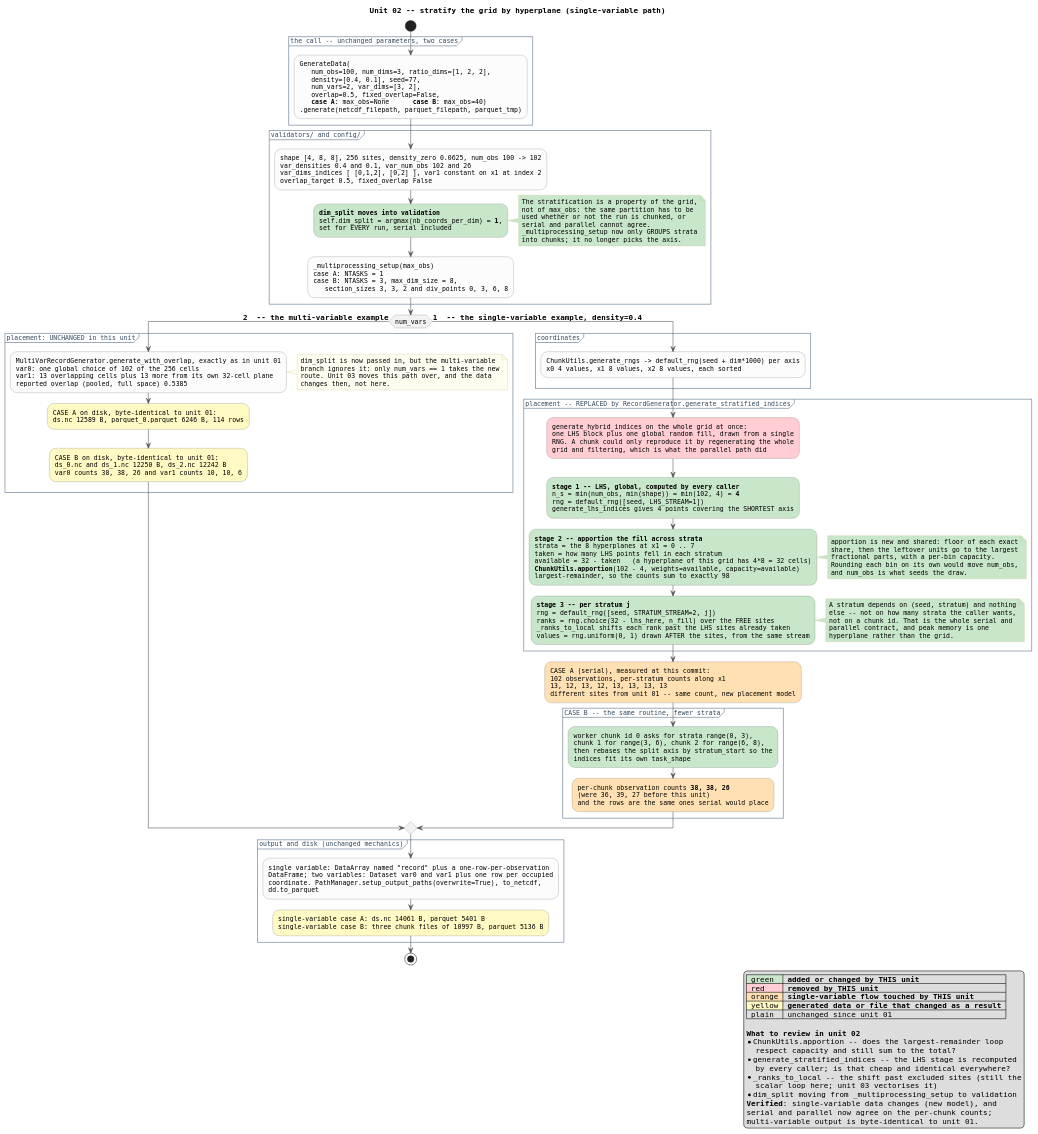
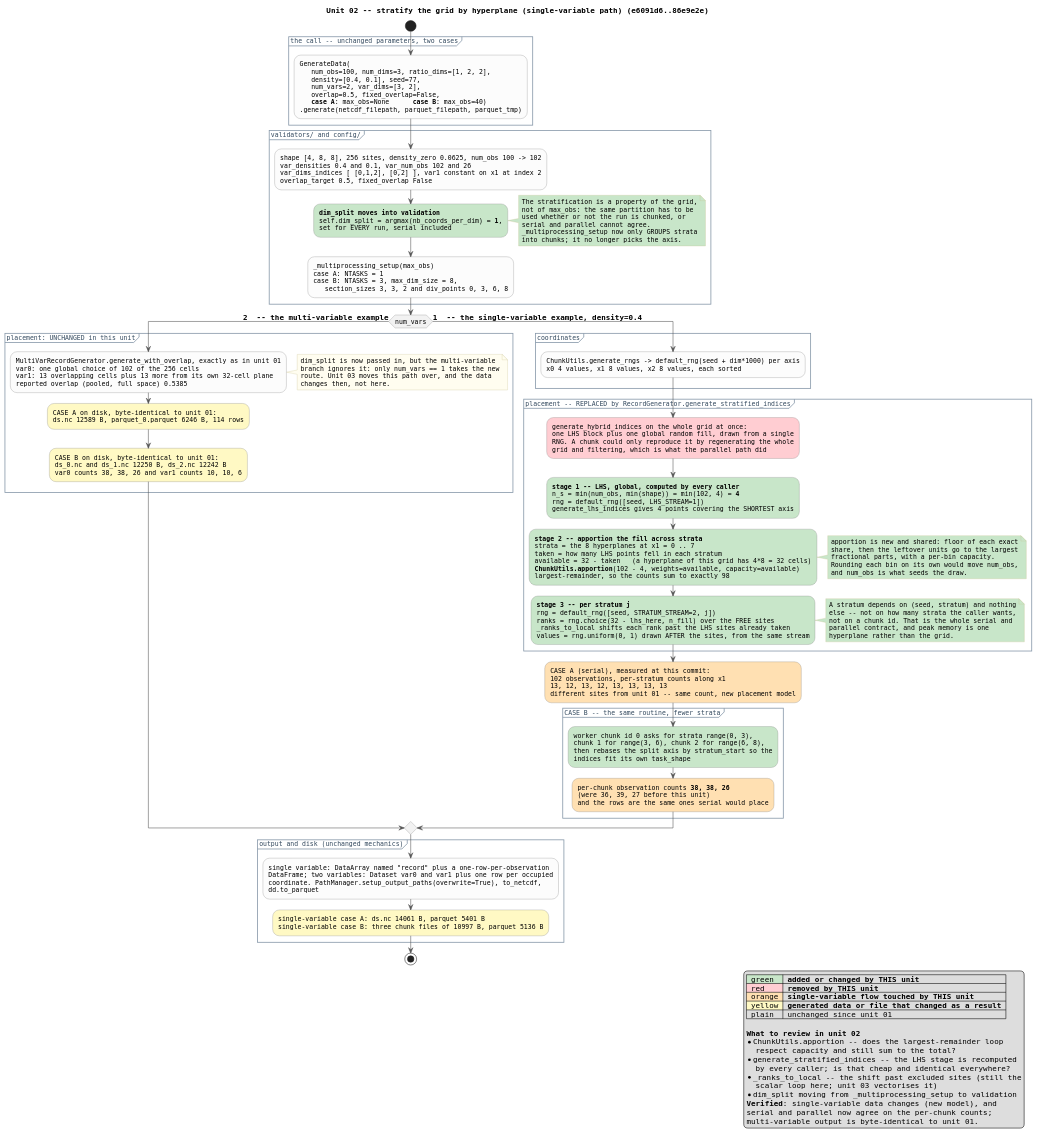
One commit to boom-lab/tabray changed the diagram in docs/review_02_stratified_single_var.puml. Above: the diagram before and after it, drawn with PlantUML. The commit also changed 19 other files, not shown here.

Commit message:
update puml diagrams for review

```diff
--- a/docs/review_02_stratified_single_var.puml
+++ b/docs/review_02_stratified_single_var.puml
@@ -1,173 +1,173 @@
 @startuml review_02_stratified_single_var
 ' Review unit 02 of 15 -- see docs/review_diagrams.md for the series.
 ' State AFTER commits 2b14258, 86e9e2e (src +304/-75, tests +87/-32).
 ' Every number below is from a run of the two cases at commit 86e9e2e.
 ' Render: plantuml docs/review_02_stratified_single_var.puml
 
-title Unit 02 -- stratify the grid by hyperplane (single-variable path)
+title Unit 02 -- stratify the grid by hyperplane (single-variable path) (e6091d6..86e9e2e)
 
 skinparam shadowing false
 skinparam defaultFontName Monospaced
 skinparam defaultFontSize 12
 skinparam ArrowColor #555555
 skinparam activity {
   BackgroundColor #FCFCFC
   BorderColor #777777
   DiamondBackgroundColor #F2F2F2
   DiamondBorderColor #777777
 }
 skinparam partition {
   BorderColor #8899AA
   FontColor #33495E
 }
 skinparam note {
   BackgroundColor #FFFDF0
   BorderColor #C8C08A
 }
 
 start
 
 partition "the call -- unchanged parameters, two cases" {
   :GenerateData(
      num_obs=100, num_dims=3, ratio_dims=[1, 2, 2],
      density=[0.4, 0.1], seed=77,
      num_vars=2, var_dims=[3, 2],
      overlap=0.5, fixed_overlap=False,
      <b>case A</b>: max_obs=None      <b>case B</b>: max_obs=40)
   .generate(netcdf_filepath, parquet_filepath, parquet_tmp);
 }
 
 partition "validators/ and config/" {
   :shape [4, 8, 8], 256 sites, density_zero 0.0625, num_obs 100 -> 102
   var_densities 0.4 and 0.1, var_num_obs 102 and 26
   var_dims_indices [ [0,1,2], [0,2] ], var1 constant on x1 at index 2
   overlap_target 0.5, fixed_overlap False;
   #C8E6C9:<b>dim_split moves into validation</b>
   self.dim_split = argmax(nb_coords_per_dim) = <b>1</b>,
   set for EVERY run, serial included;
   note right #C8E6C9
     The stratification is a property of the grid,
     not of max_obs: the same partition has to be
     used whether or not the run is chunked, or
     serial and parallel cannot agree.
     _multiprocessing_setup now only GROUPS strata
     into chunks; it no longer picks the axis.
   end note
   :_multiprocessing_setup(max_obs)
   case A: NTASKS = 1
   case B: NTASKS = 3, max_dim_size = 8,
      section_sizes 3, 3, 2 and div_points 0, 3, 6, 8;
 }
 
 if (num_vars) then (== 2  -- the multi-variable example)
 
   partition "placement: UNCHANGED in this unit" {
     :MultiVarRecordGenerator.generate_with_overlap, exactly as in unit 01
     var0: one global choice of 102 of the 256 cells
     var1: 13 overlapping cells plus 13 more from its own 32-cell plane
     reported overlap (pooled, full space) 0.5385;
     note right
       dim_split is now passed in, but the multi-variable
       branch ignores it: only num_vars == 1 takes the new
       route. Unit 03 moves this path over, and the data
       changes then, not here.
     end note
     #FFF9C4:CASE A on disk, byte-identical to unit 01:
     ds.nc 12589 B, parquet_0.parquet 6246 B, 114 rows;
     #FFF9C4:CASE B on disk, byte-identical to unit 01:
     ds_0.nc and ds_1.nc 12250 B, ds_2.nc 12242 B
     var0 counts 38, 38, 26 and var1 counts 10, 10, 6;
   }
 
 else (== 1  -- the single-variable example, density=0.4)
 
   partition "coordinates" {
     :ChunkUtils.generate_rngs -> default_rng(seed + dim*1000) per axis
     x0 4 values, x1 8 values, x2 8 values, each sorted;
   }
 
   partition "placement -- REPLACED by RecordGenerator.generate_stratified_indices" {
     #FFCDD2:generate_hybrid_indices on the whole grid at once:
     one LHS block plus one global random fill, drawn from a single
     RNG. A chunk could only reproduce it by regenerating the whole
     grid and filtering, which is what the parallel path did;
     #C8E6C9:<b>stage 1 -- LHS, global, computed by every caller</b>
     n_s = min(num_obs, min(shape)) = min(102, 4) = <b>4</b>
     rng = default_rng([seed, LHS_STREAM=1])
     generate_lhs_indices gives 4 points covering the SHORTEST axis;
     #C8E6C9:<b>stage 2 -- apportion the fill across strata</b>
     strata = the 8 hyperplanes at x1 = 0 .. 7
     taken = how many LHS points fell in each stratum
     available = 32 - taken   (a hyperplane of this grid has 4*8 = 32 cells)
     <b>ChunkUtils.apportion</b>(102 - 4, weights=available, capacity=available)
     largest-remainder, so the counts sum to exactly 98;
     note right #C8E6C9
       apportion is new and shared: floor of each exact
       share, then the leftover units go to the largest
       fractional parts, with a per-bin capacity.
       Rounding each bin on its own would move num_obs,
       and num_obs is what seeds the draw.
     end note
     #C8E6C9:<b>stage 3 -- per stratum j</b>
     rng = default_rng([seed, STRATUM_STREAM=2, j])
     ranks = rng.choice(32 - lhs_here, n_fill) over the FREE sites
     _ranks_to_local shifts each rank past the LHS sites already taken
     values = rng.uniform(0, 1) drawn AFTER the sites, from the same stream;
     note right #C8E6C9
       A stratum depends on (seed, stratum) and nothing
       else -- not on how many strata the caller wants,
       not on a chunk id. That is the whole serial and
       parallel contract, and peak memory is one
       hyperplane rather than the grid.
     end note
   }
 
   #FFE0B2:CASE A (serial), measured at this commit:
   102 observations, per-stratum counts along x1
   13, 12, 13, 12, 13, 13, 13, 13
   different sites from unit 01 -- same count, new placement model;
 
   partition "CASE B -- the same routine, fewer strata" {
     #C8E6C9:worker chunk id 0 asks for strata range(0, 3),
     chunk 1 for range(3, 6), chunk 2 for range(6, 8),
     then rebases the split axis by stratum_start so the
     indices fit its own task_shape;
     #FFE0B2:per-chunk observation counts <b>38, 38, 26</b>
     (were 36, 39, 27 before this unit)
     and the rows are the same ones serial would place;
   }
 
 endif
 
 partition "output and disk (unchanged mechanics)" {
   :single variable: DataArray named "record" plus a one-row-per-observation
   DataFrame; two variables: Dataset var0 and var1 plus one row per occupied
   coordinate. PathManager.setup_output_paths(overwrite=True), to_netcdf,
   dd.to_parquet;
   #FFF9C4:single-variable case A: ds.nc 14061 B, parquet 5401 B
   single-variable case B: three chunk files of 10997 B, parquet 5136 B;
 }
 
 stop
 
 legend right
   |<#C8E6C9> green |= added or changed by THIS unit |
   |<#FFCDD2> red |= removed by THIS unit |
   |<#FFE0B2> orange |= single-variable flow touched by THIS unit |
   |<#FFF9C4> yellow |= generated data or file that changed as a result |
   | plain | unchanged since unit 01 |
 
   <b>What to review in unit 02</b>
   * ChunkUtils.apportion -- does the largest-remainder loop
     respect capacity and still sum to the total?
   * generate_stratified_indices -- the LHS stage is recomputed
     by every caller; is that cheap and identical everywhere?
   * _ranks_to_local -- the shift past excluded sites (still the
     scalar loop here; unit 03 vectorises it)
   * dim_split moving from _multiprocessing_setup to validation
   <b>Verified</b>: single-variable data changes (new model), and
   serial and parallel now agree on the per-chunk counts;
   multi-variable output is byte-identical to unit 01.
 end legend
 
 @enduml
```
